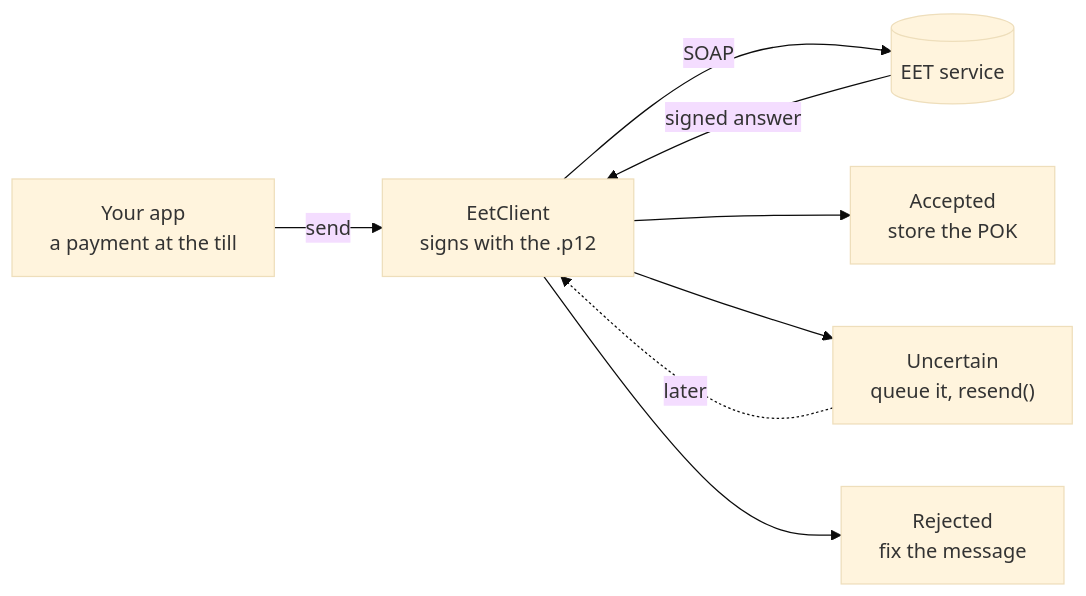
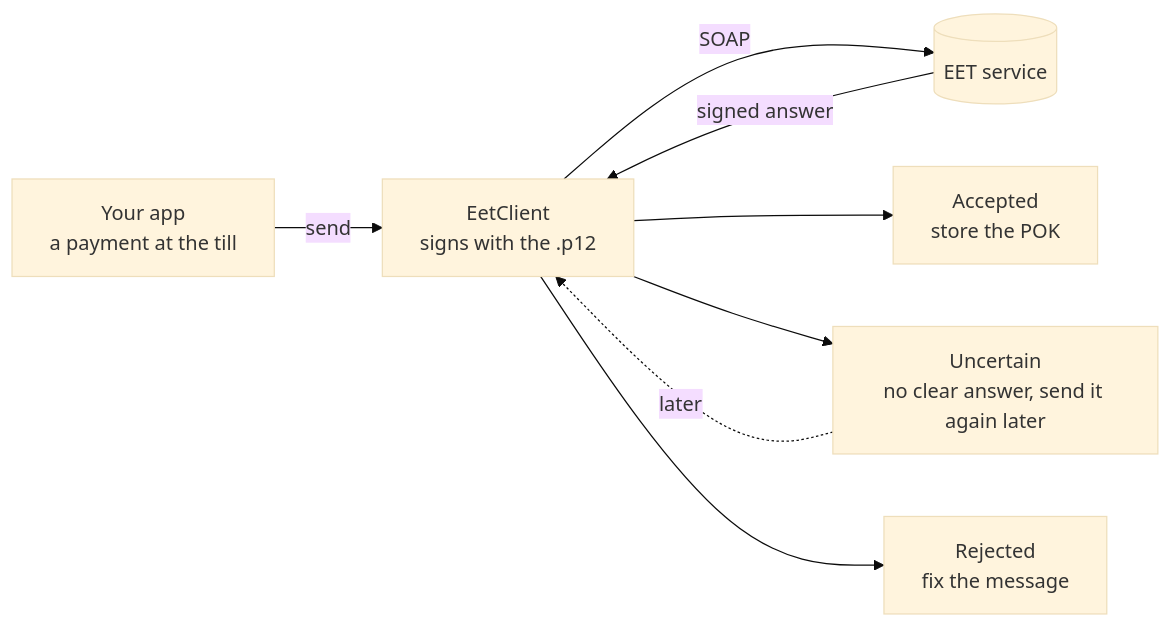
The diagram in README.md (landsman/eet-client), drawn with Mermaid (base theme) before and after one commit.

Commit message:
docs: say what an uncertain result means on the diagram, not the method

````diff
--- a/README.md
+++ b/README.md
@@ -8,10 +8,10 @@
 ```mermaid
 flowchart LR
     app["Your app<br/>a payment at the till"] -->|send| client["EetClient<br/>signs with the .p12"]
     client -->|SOAP| eet[("EET service")]
     eet -->|signed answer| client
     client --> accepted["Accepted<br/>store the POK"]
-    client --> uncertain["Uncertain<br/>queue it, resend()"]
+    client --> uncertain["Uncertain<br/>no clear answer, send it again later"]
     client --> rejected["Rejected<br/>fix the message"]
     uncertain -.->|later| client
 ```
````
